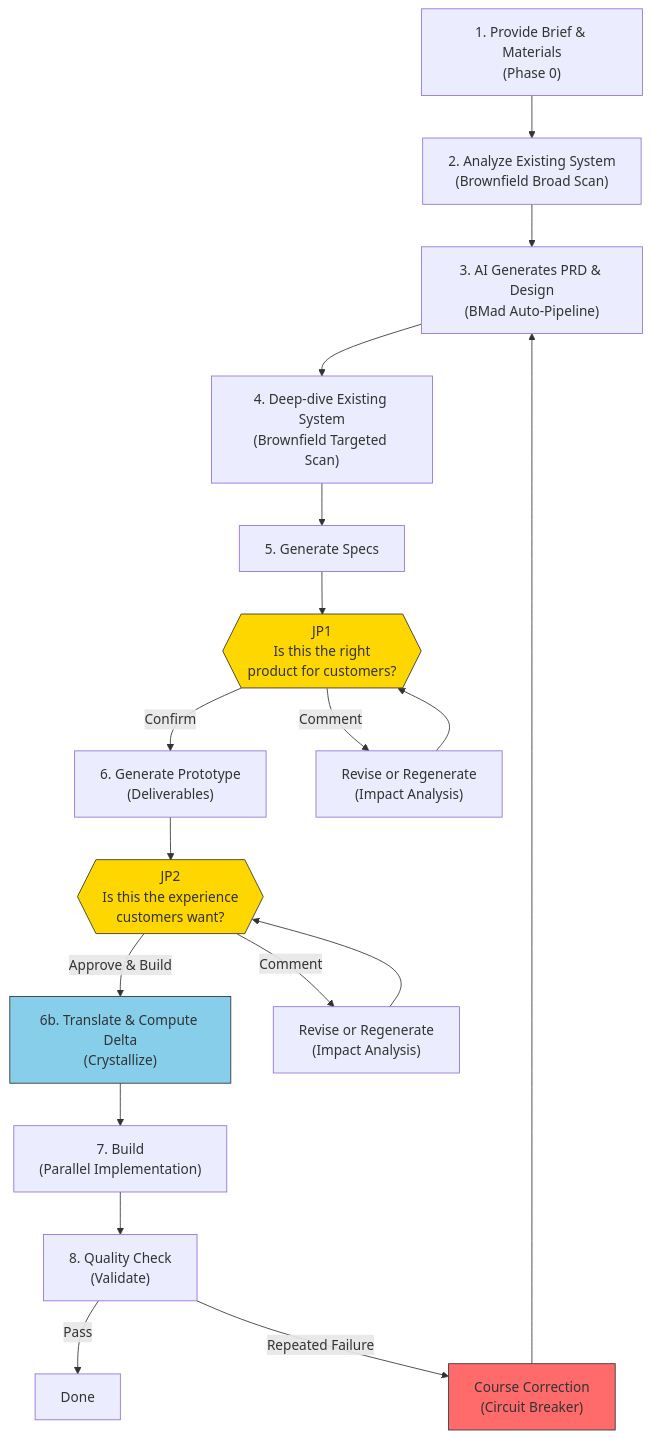
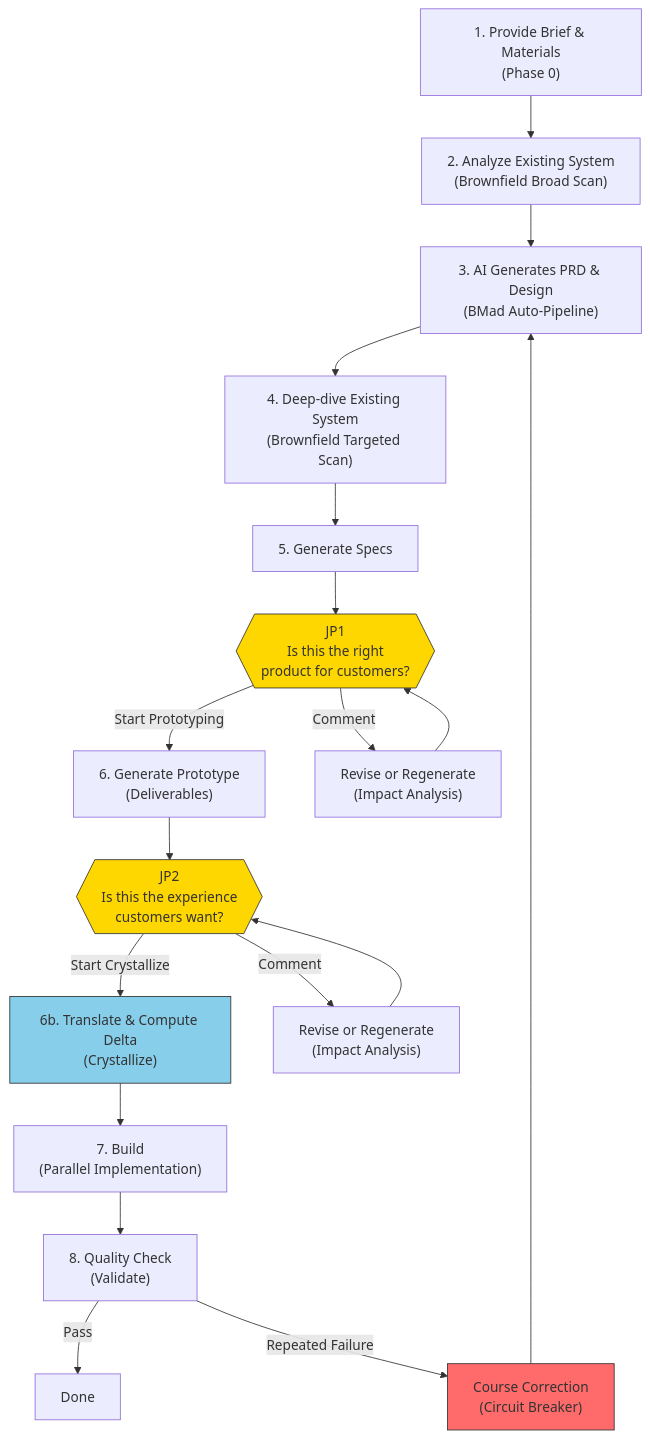
The diagram in docs/blueprint.md (kangminlee-maker/jdd-sprint-kit), drawn with Mermaid before and after one commit. The commit also changed other lines of this file and 14 other files, not shown here.

First line of the commit message:
feat: implement Constraint Profile + Crystallize Precision Delta redesign

````diff
--- a/docs/blueprint.md
+++ b/docs/blueprint.md
@@ -26,25 +26,25 @@
 ```mermaid
 flowchart TD
     A["1. Provide Brief & Materials\n(Phase 0)"] --> B["2. Analyze Existing System\n(Brownfield Broad Scan)"]
     B --> C["3. AI Generates PRD & Design\n(BMad Auto-Pipeline)"]
     C --> D["4. Deep-dive Existing System\n(Brownfield Targeted Scan)"]
     D --> E["5. Generate Specs"]
     E --> JP1{{"JP1\nIs this the right\nproduct for customers?"}}
-    JP1 -->|Confirm| F["6. Generate Prototype\n(Deliverables)"]
+    JP1 -->|Start Prototyping| F["6. Generate Prototype\n(Deliverables)"]
     JP1 -->|Comment| JP1_FB["Revise or Regenerate\n(Impact Analysis)"]
     JP1_FB --> JP1
     F --> JP2{{"JP2\nIs this the experience\ncustomers want?"}}
-    JP2 -->|Approve & Build| CR["6b. Translate & Compute Delta\n(Crystallize)"]
+    JP2 -->|Start Crystallize| CR["6b. Translate & Compute Delta\n(Crystallize)"]
     JP2 -->|Comment| JP2_FB["Revise or Regenerate\n(Impact Analysis)"]
     JP2_FB --> JP2
     CR --> G["7. Build\n(Parallel Implementation)"]
     G --> H["8. Quality Check\n(Validate)"]
     H -->|Pass| I["Done"]
     H -->|Repeated Failure| CB["Course Correction\n(Circuit Breaker)"]
     CB --> C
 
     style JP1 fill:#FFD700,stroke:#333
     style JP2 fill:#FFD700,stroke:#333
     style CR fill:#87CEEB,stroke:#333
     style CB fill:#FF6B6B,stroke:#333
 ```
````
